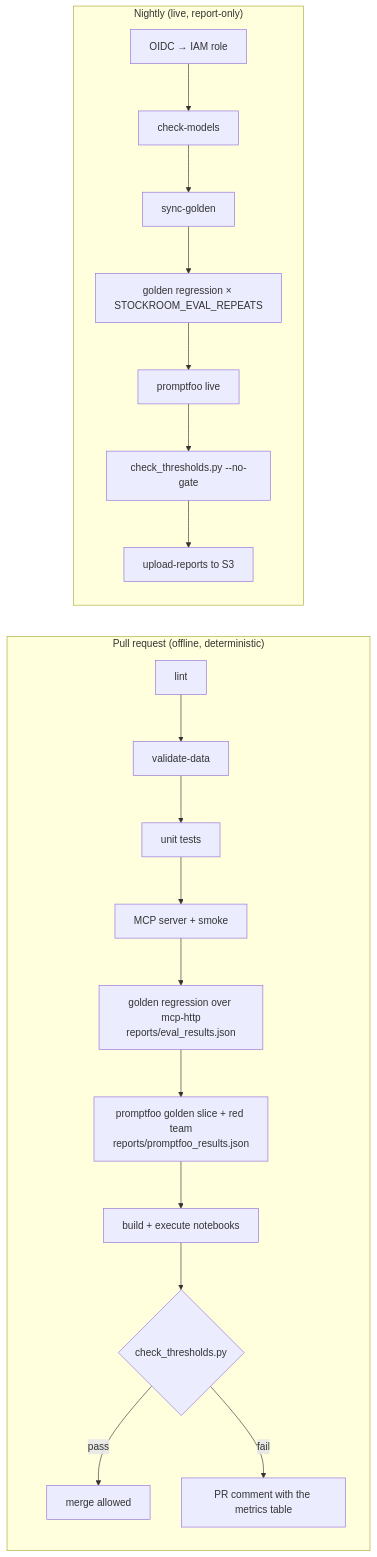
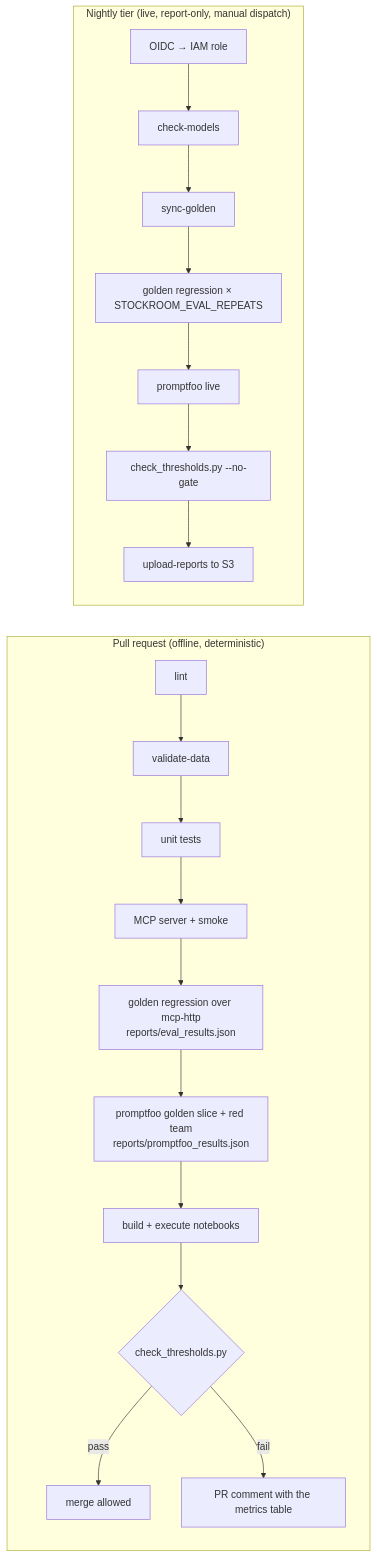
Before and after one commit to genial-labs-ai/system_agent_harness_aws: the first of 6 diagrams in lectures/day4_aws_ci_cd_redteaming.md, drawn with Mermaid. The commit also changed other lines of this file and 8 other files, not shown here.

Commit message:
ci: live workflow is workflow_dispatch-only, no daily cron; docs and lectures say so (DECISIONS 37)

````diff
--- a/lectures/day4_aws_ci_cd_redteaming.md
+++ b/lectures/day4_aws_ci_cd_redteaming.md
@@ -72,18 +73,18 @@
 ```mermaid
 flowchart LR
   subgraph PR["Pull request (offline, deterministic)"]
     a1[lint] --> a2[validate-data] --> a3[unit tests] --> a4[MCP server + smoke]
     a4 --> a5[golden regression over mcp-http<br/>reports/eval_results.json]
     a5 --> a6[promptfoo golden slice + red team<br/>reports/promptfoo_results.json]
     a6 --> a7[build + execute notebooks]
     a7 --> a8{check_thresholds.py}
     a8 -- pass --> ok[merge allowed]
     a8 -- fail --> no[PR comment with the metrics table]
   end
-  subgraph Nightly["Nightly (live, report-only)"]
+  subgraph Nightly["Nightly tier (live, report-only, manual dispatch)"]
     b1[OIDC → IAM role] --> b2[check-models] --> b3[sync-golden]
     b3 --> b4[golden regression × STOCKROOM_EVAL_REPEATS]
     b4 --> b5[promptfoo live] --> b6[check_thresholds.py --no-gate]
     b6 --> b7[upload-reports to S3]
   end
 ```
````
